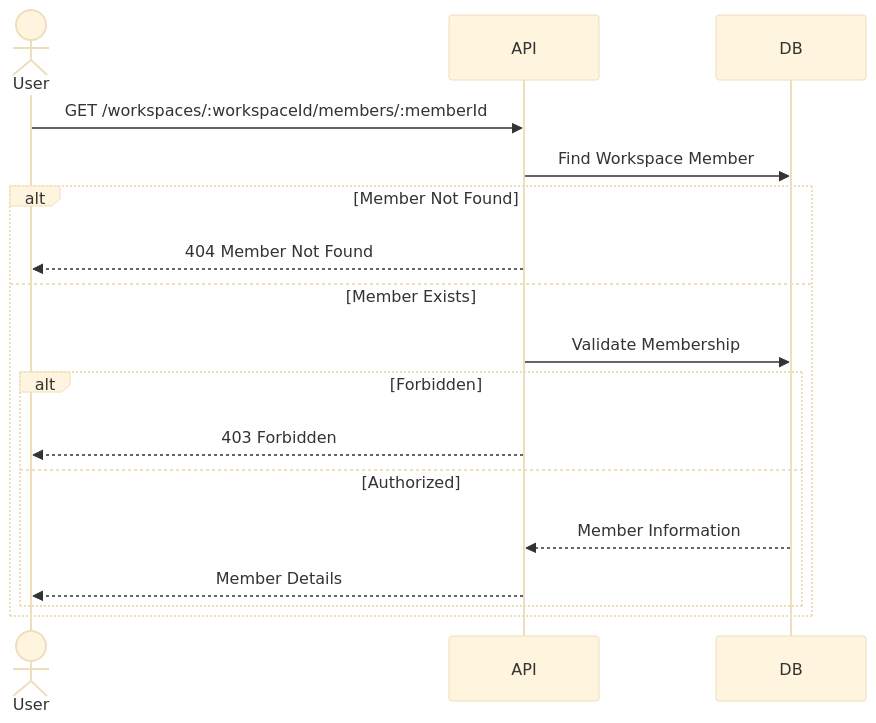
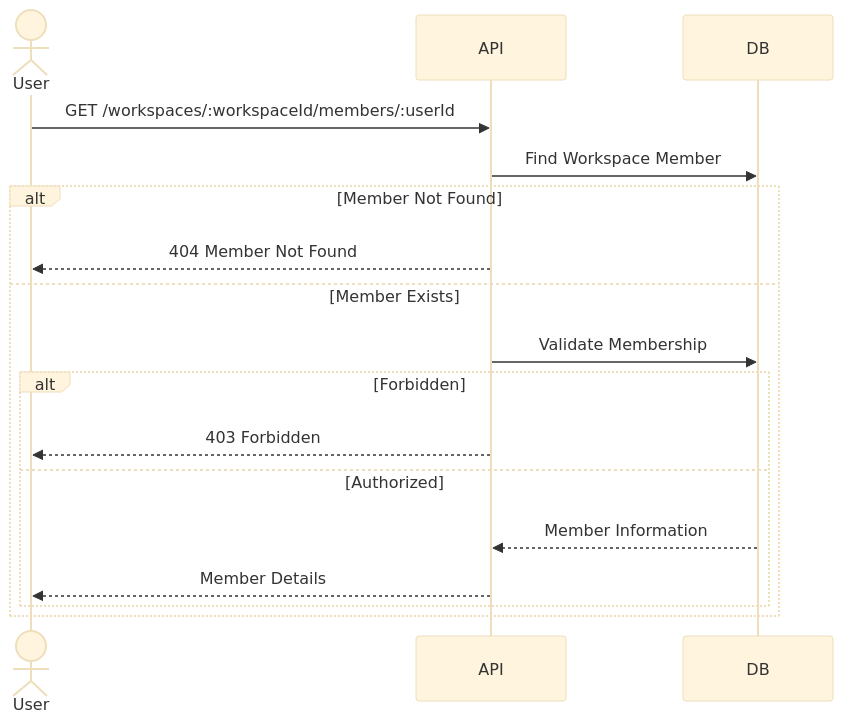
The fourth of 7 diagrams in docs/architecture/workspace-member/WorkspaceMember-Sequence.md (datnguyxn/LinkFlow), drawn with Mermaid (base theme) before and after one commit. The commit also changed other lines of this file and 14 other files, not shown here.

Commit message:
docs(architecture): add workspace module documentation

````diff
--- a/docs/architecture/workspace-member/WorkspaceMember-Sequence.md
+++ b/docs/architecture/workspace-member/WorkspaceMember-Sequence.md
@@ -133,33 +190,33 @@
 ```mermaid
 sequenceDiagram
 
     actor User
     participant API
     participant DB
 
-    User->>API: GET /workspaces/:workspaceId/members/:memberId
+    User->>API: GET /workspaces/:workspaceId/members/:userId
 
     API->>DB: Find Workspace Member
 
     alt Member Not Found
 
         API-->>User: 404 Member Not Found
 
     else Member Exists
 
         API->>DB: Validate Membership
 
         alt Forbidden
 
             API-->>User: 403 Forbidden
 
         else Authorized
 
             DB-->>API: Member Information
 
             API-->>User: Member Details
 
         end
 
     end
 ```
````
